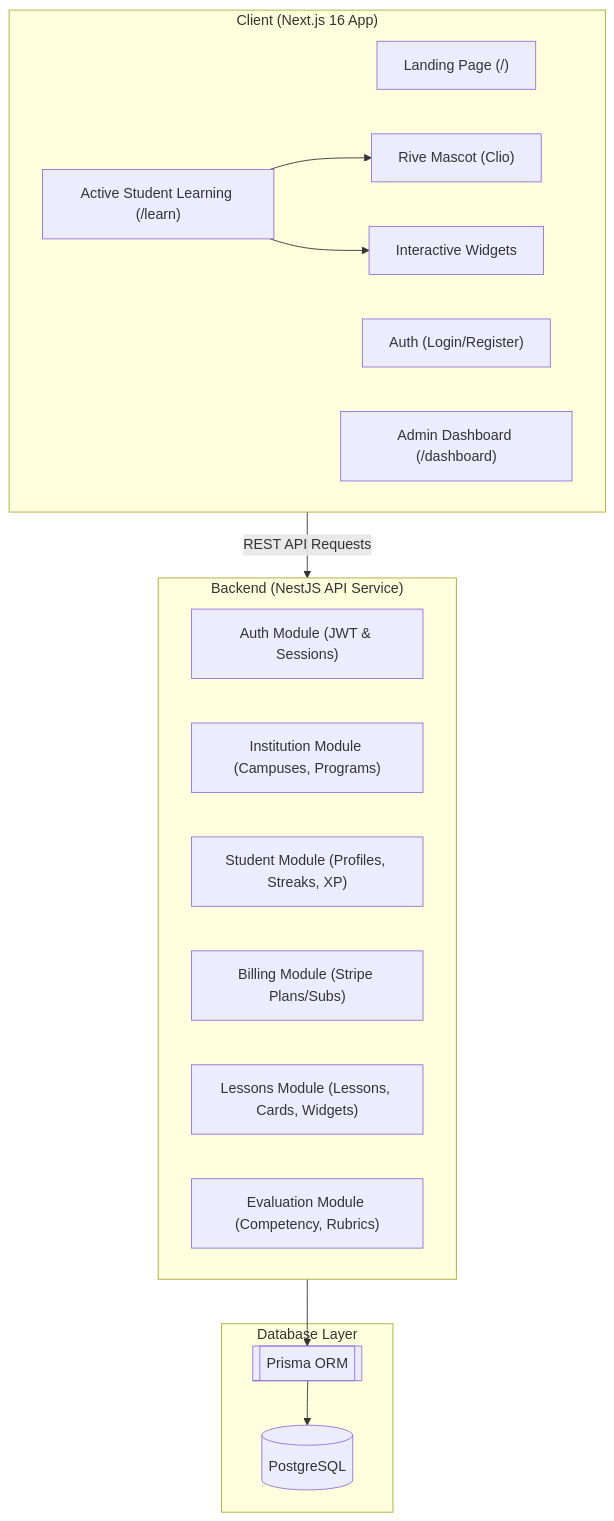
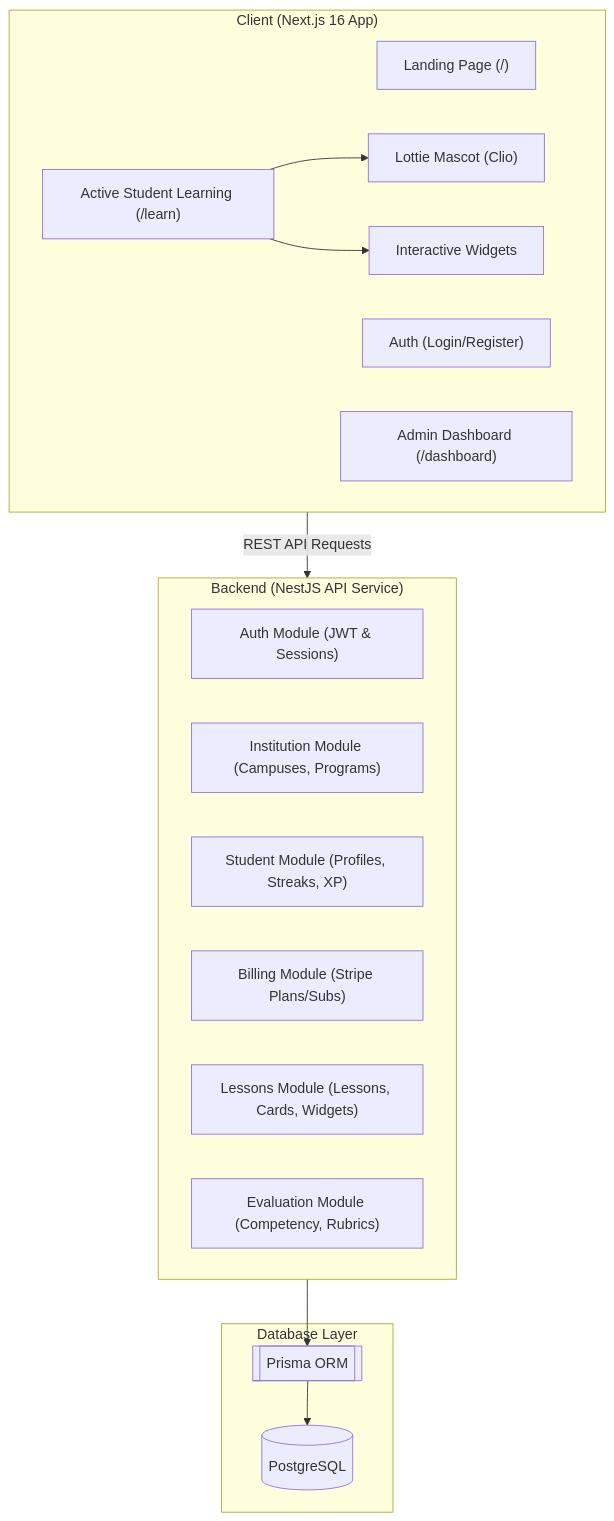
The diagram in README.md (The-Digital-Dude/eudora_v2), drawn with Mermaid before and after one commit. The commit also changed other lines of this file and 48 other files, not shown here.

````diff
--- a/README.md
+++ b/README.md
@@ -11,32 +11,32 @@
 ```mermaid
 graph TD
     subgraph Client ["Client (Next.js 16 App)"]
         Landing["Landing Page (/)"]
         Auth["Auth (Login/Register)"]
         Dashboard["Admin Dashboard (/dashboard)"]
         Learn["Active Student Learning (/learn)"]
-        Clio["Rive Mascot (Clio)"]
+        Clio["Lottie Mascot (Clio)"]
         Widgets["Interactive Widgets"]
     end
 
     subgraph Backend ["Backend (NestJS API Service)"]
         AuthMod["Auth Module (JWT & Sessions)"]
         InstMod["Institution Module (Campuses, Programs)"]
         StudentMod["Student Module (Profiles, Streaks, XP)"]
         BillingMod["Billing Module (Stripe Plans/Subs)"]
         LearnMod["Lessons Module (Lessons, Cards, Widgets)"]
         EvalMod["Evaluation Module (Competency, Rubrics)"]
     end
 
     subgraph Database ["Database Layer"]
         Postgres[(PostgreSQL)]
         Prisma[[Prisma ORM]]
     end
 
     %% Connections
     Client -->|REST API Requests| Backend
     Backend --> Prisma
     Prisma --> Postgres
     Learn --> Clio
     Learn --> Widgets
 ```
````
